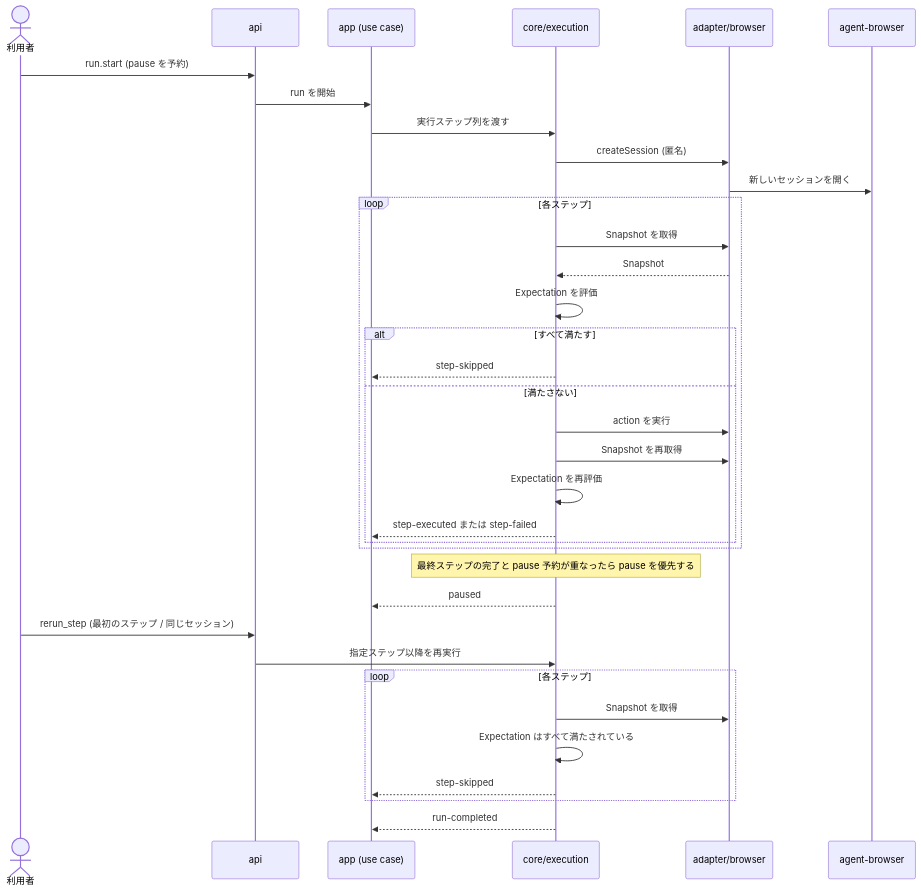
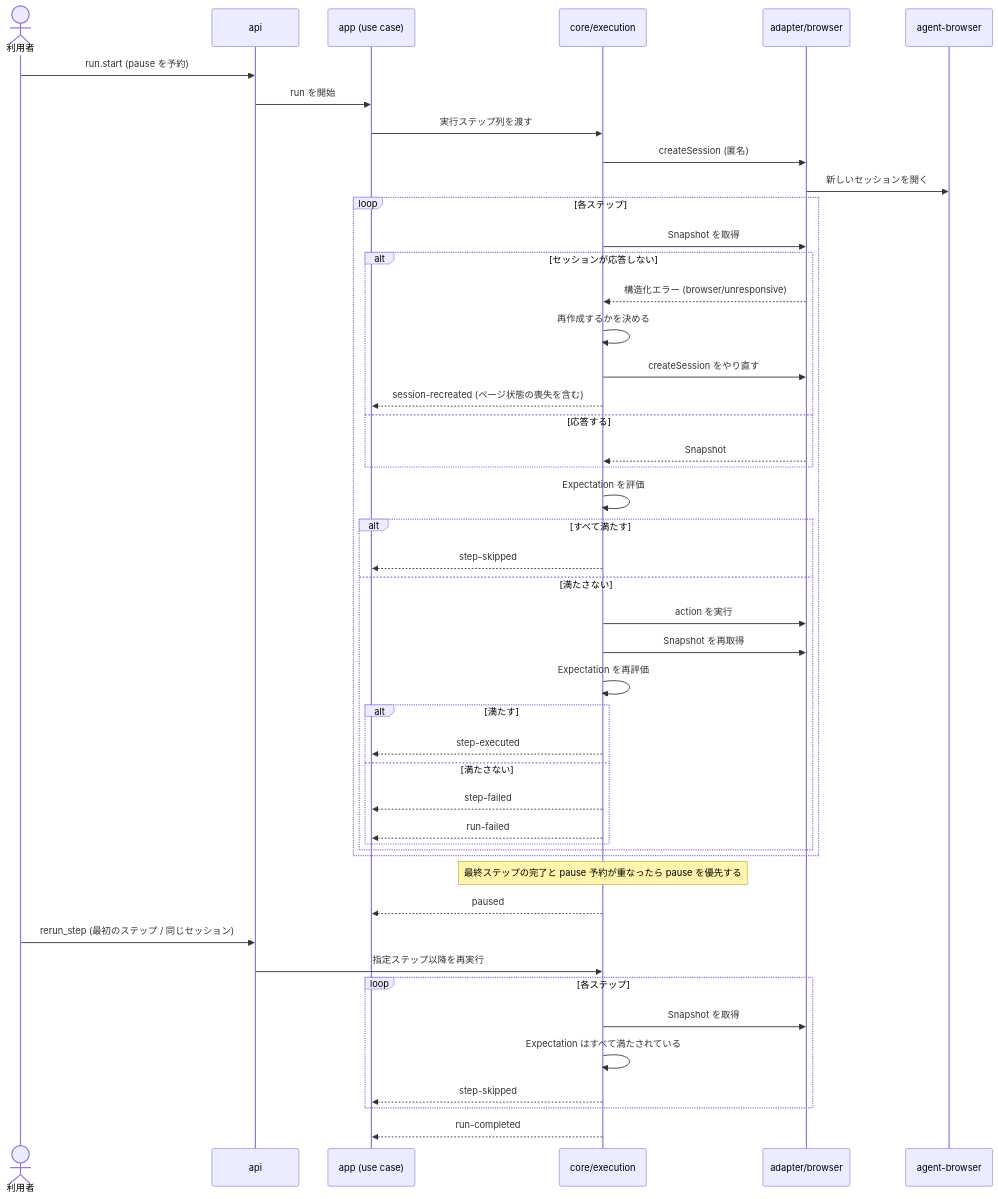
One commit to Fukuemon/screen-contract changed the third of 3 diagrams in specs/4-walking-skeleton/index.md. Above: the diagram before and after it, drawn with Mermaid. The commit also changed other lines of this file and 1 other file, not shown here.

````diff
--- a/specs/4-walking-skeleton/index.md
+++ b/specs/4-walking-skeleton/index.md
@@ -543,38 +558,50 @@
 ```mermaid
 sequenceDiagram
     actor User as 利用者
     participant API as api
     participant App as app (use case)
     participant Exec as core/execution
     participant AB as adapter/browser
     participant Browser as agent-browser
 
     User->>API: run.start (pause を予約)
     API->>App: run を開始
     App->>Exec: 実行ステップ列を渡す
     Exec->>AB: createSession (匿名)
     AB->>Browser: 新しいセッションを開く
     loop 各ステップ
         Exec->>AB: Snapshot を取得
-        AB-->>Exec: Snapshot
+        alt セッションが応答しない
+            AB-->>Exec: 構造化エラー (browser/unresponsive)
+            Exec->>Exec: 再作成するかを決める
+            Exec->>AB: createSession をやり直す
+            Exec-->>App: session-recreated (ページ状態の喪失を含む)
+        else 応答する
+            AB-->>Exec: Snapshot
+        end
         Exec->>Exec: Expectation を評価
         alt すべて満たす
             Exec-->>App: step-skipped
         else 満たさない
             Exec->>AB: action を実行
             Exec->>AB: Snapshot を再取得
             Exec->>Exec: Expectation を再評価
-            Exec-->>App: step-executed または step-failed
+            alt 満たす
+                Exec-->>App: step-executed
+            else 満たさない
+                Exec-->>App: step-failed
+                Exec-->>App: run-failed
+            end
         end
     end
     Note over Exec: 最終ステップの完了と pause 予約が重なったら pause を優先する
     Exec-->>App: paused
     User->>API: rerun_step (最初のステップ / 同じセッション)
     API->>Exec: 指定ステップ以降を再実行
     loop 各ステップ
         Exec->>AB: Snapshot を取得
         Exec->>Exec: Expectation はすべて満たされている
         Exec-->>App: step-skipped
     end
     Exec-->>App: run-completed
 ```
````
